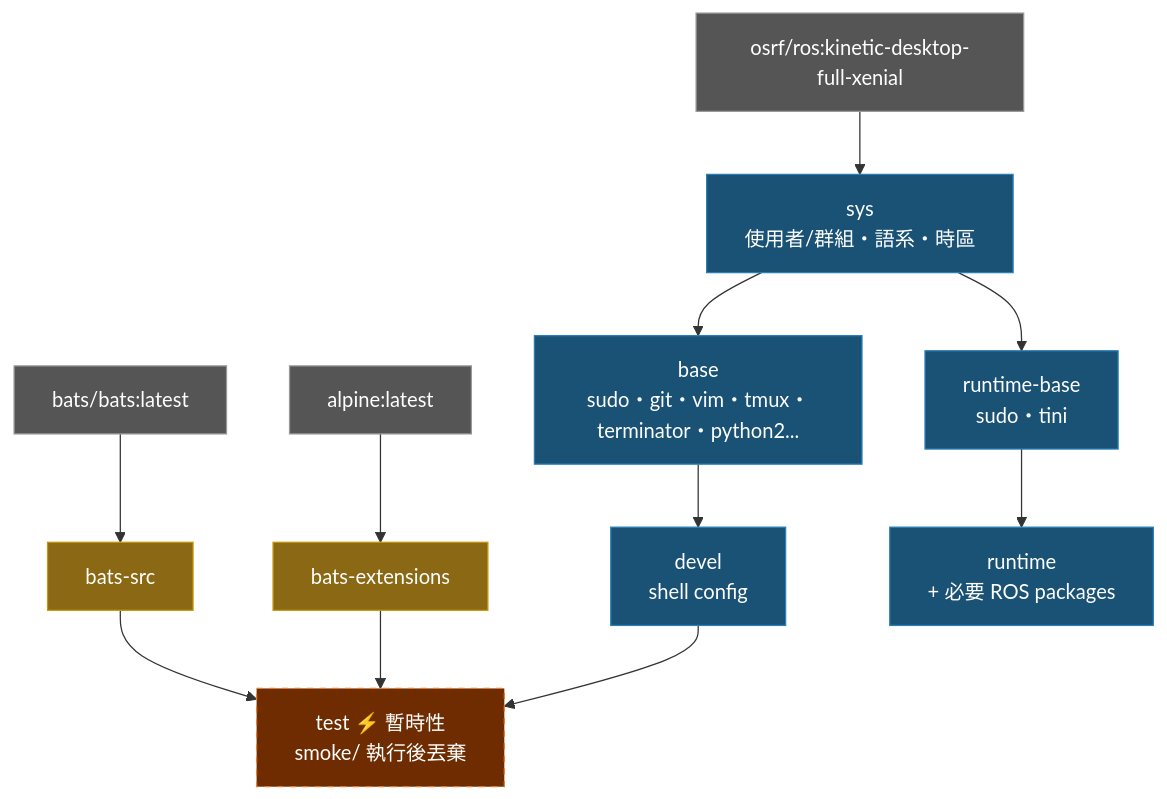
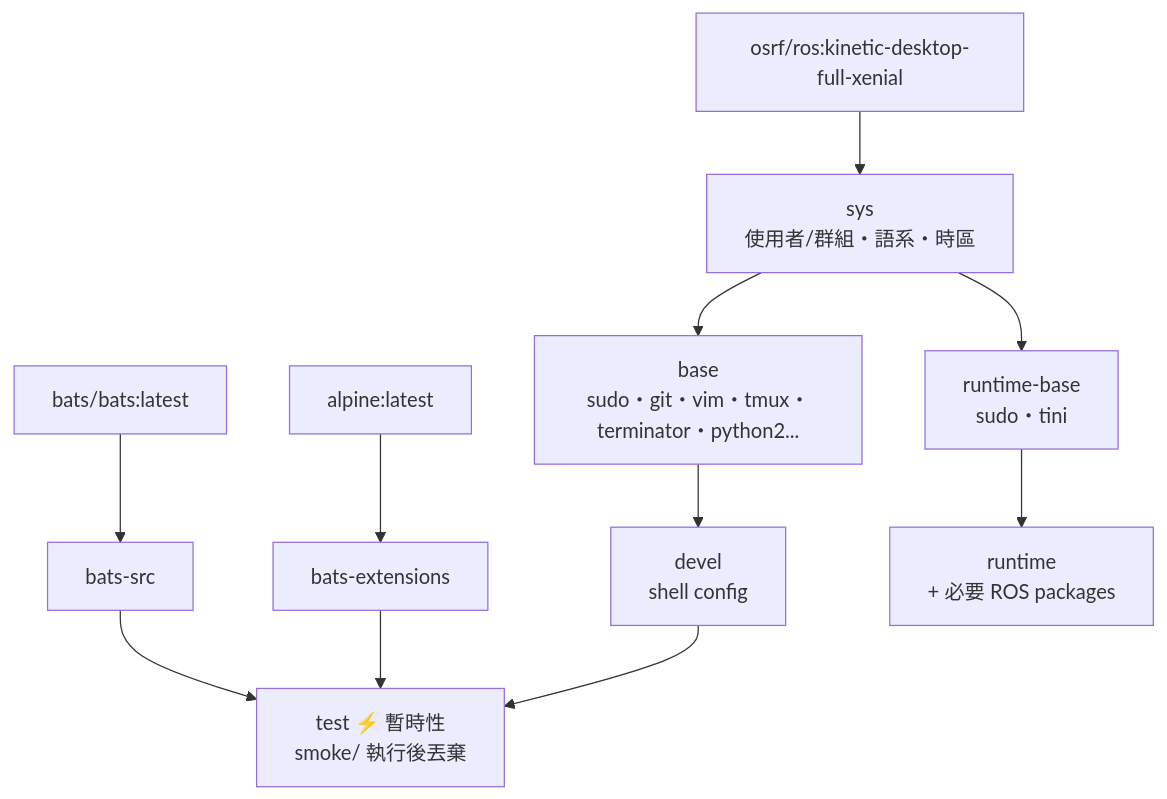
The diagram in doc/README.zh-TW.md (ycpss91255-docker/osrf_ros_kinetic), drawn with Mermaid before and after one commit. The commit also changed 3 other files, not shown here.

Commit message:
docs: remove mermaid background colors from architecture diagrams (#25)

````diff
--- a/doc/README.zh-TW.md
+++ b/doc/README.zh-TW.md
@@ -235,26 +235,22 @@
 ```mermaid
 graph TD
-    EXT1["bats/bats:latest"]:::external
-    EXT2["alpine:latest"]:::external
-    EXT3["osrf/ros:kinetic-desktop-full-xenial"]:::external
+    EXT1["bats/bats:latest"]
+    EXT2["alpine:latest"]
+    EXT3["osrf/ros:kinetic-desktop-full-xenial"]
 
-    EXT1 --> bats-src["bats-src"]:::tool
-    EXT2 --> bats-ext["bats-extensions"]:::tool
+    EXT1 --> bats-src["bats-src"]
+    EXT2 --> bats-ext["bats-extensions"]
 
-    EXT3 --> sys["sys\n使用者/群組・語系・時區"]:::stage
+    EXT3 --> sys["sys\n使用者/群組・語系・時區"]
 
-    sys --> base["base\nsudo・git・vim・tmux・terminator・python2..."]:::stage
-    base --> devel["devel\nshell config"]:::stage
+    sys --> base["base\nsudo・git・vim・tmux・terminator・python2..."]
+    base --> devel["devel\nshell config"]
 
-    bats-src --> test["test  ⚡ 暫時性\nsmoke/ 執行後丟棄"]:::ephemeral
+    bats-src --> test["test  ⚡ 暫時性\nsmoke/ 執行後丟棄"]
     bats-ext --> test
     devel --> test
 
-    sys --> runtime-base["runtime-base\nsudo・tini"]:::stage
-    runtime-base --> runtime["runtime\n+ 必要 ROS packages"]:::stage
+    sys --> runtime-base["runtime-base\nsudo・tini"]
+    runtime-base --> runtime["runtime\n+ 必要 ROS packages"]
 
-    classDef external fill:#555,color:#fff,stroke:#999
-    classDef tool fill:#8B6914,color:#fff,stroke:#c8960c
-    classDef stage fill:#1a5276,color:#fff,stroke:#2980b9
-    classDef ephemeral fill:#6e2c00,color:#fff,stroke:#e67e22,stroke-dasharray:5 5
 ```
````
